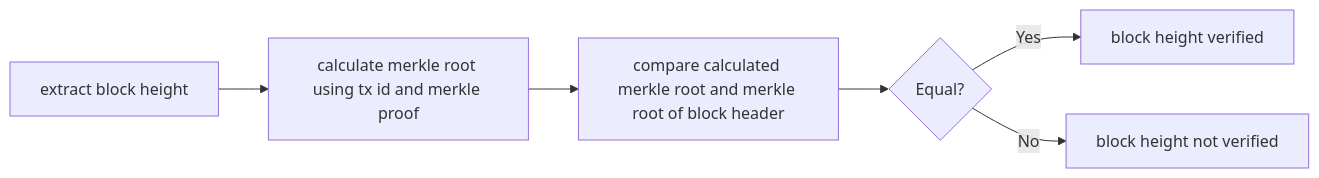
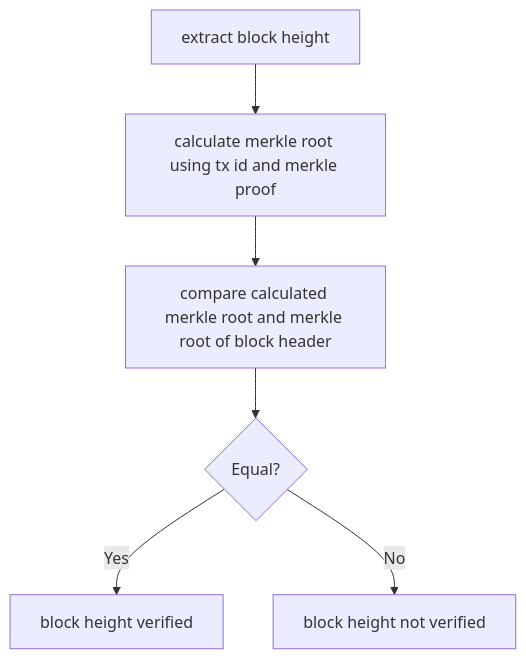
The first of 3 diagrams in docs/bitcoin.md (blockchainsllc/in3-docs), drawn with Mermaid before and after one commit.

````diff
--- a/docs/bitcoin.md
+++ b/docs/bitcoin.md
@@ -20,8 +20,8 @@
 ```mermaid
-graph LR
+graph TD
     id1[extract block height]-->id2[calculate merkle root using tx id and merkle proof]
     id2 --> id3[compare calculated merkle root and merkle root of block header]
     id3 --> id4{Equal?}
     id4 -->|Yes| id5[block height verified]
     id4 -->|No| id6[block height not verified]
 ```
````
